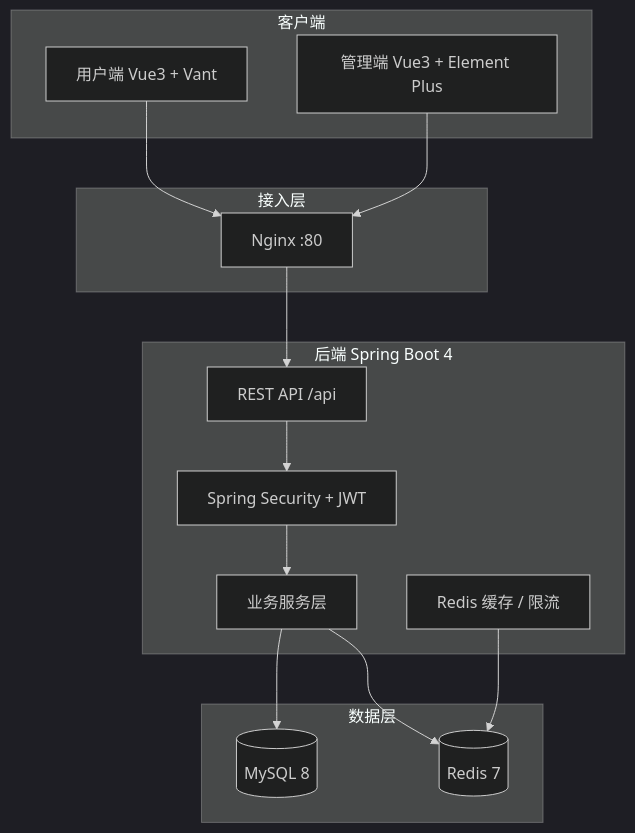
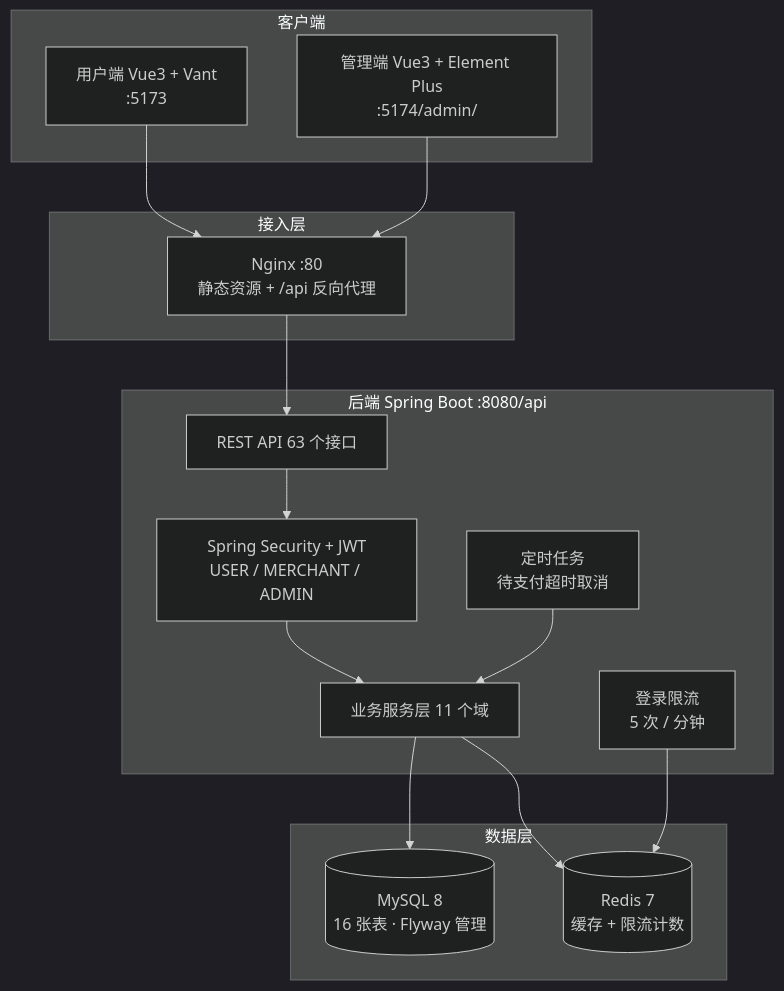
Before and after one commit to for7901/hotel-reservation-system: the diagram in README.md, drawn with Mermaid (dark theme). The commit also changed other lines of this file, not shown here.

````diff
--- a/README.md
+++ b/README.md
@@ -7,31 +90,33 @@
 ```mermaid
 flowchart TB
     subgraph clients [客户端]
-        UW[用户端 Vue3 + Vant]
-        AW[管理端 Vue3 + Element Plus]
+        UW[用户端 Vue3 + Vant<br/>:5173]
+        AW["管理端 Vue3 + Element Plus<br/>:5174/admin/"]
     end
 
     subgraph gateway [接入层]
-        NG[Nginx :80]
+        NG[Nginx :80<br/>静态资源 + /api 反向代理]
     end
 
-    subgraph backend [后端 Spring Boot 4]
-        API[REST API /api]
-        SEC[Spring Security + JWT]
-        SVC[业务服务层]
-        CACHE[Redis 缓存 / 限流]
+    subgraph backend [后端 Spring Boot :8080/api]
+        API[REST API 63 个接口]
+        SEC[Spring Security + JWT<br/>USER / MERCHANT / ADMIN]
+        SVC[业务服务层 11 个域]
+        TASK[定时任务<br/>待支付超时取消]
+        RATE[登录限流<br/>5 次 / 分钟]
     end
 
     subgraph data [数据层]
-        MY[(MySQL 8)]
-        RD[(Redis 7)]
+        MY[(MySQL 8<br/>16 张表 · Flyway 管理)]
+        RD[(Redis 7<br/>缓存 + 限流计数)]
     end
 
     UW --> NG
     AW --> NG
     NG --> API
     API --> SEC --> SVC
     SVC --> MY
     SVC --> RD
-    CACHE --> RD
+    TASK --> SVC
+    RATE --> RD
 ```
````
